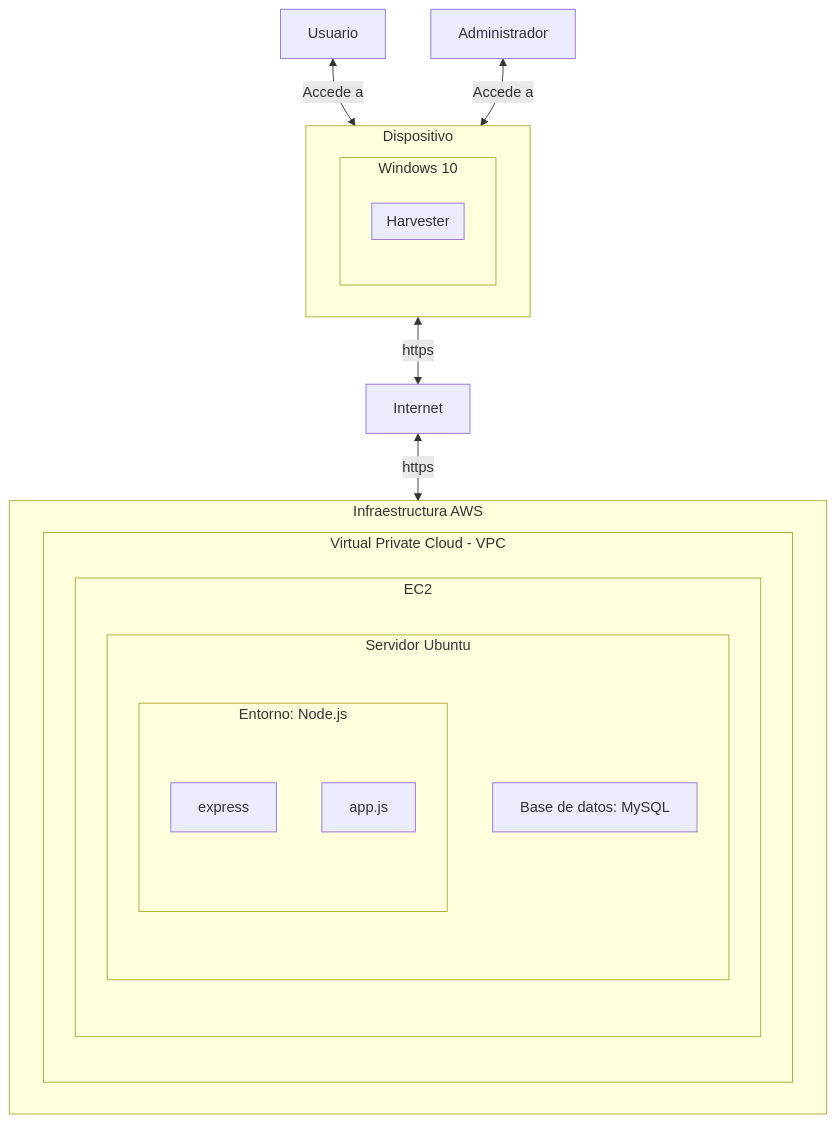
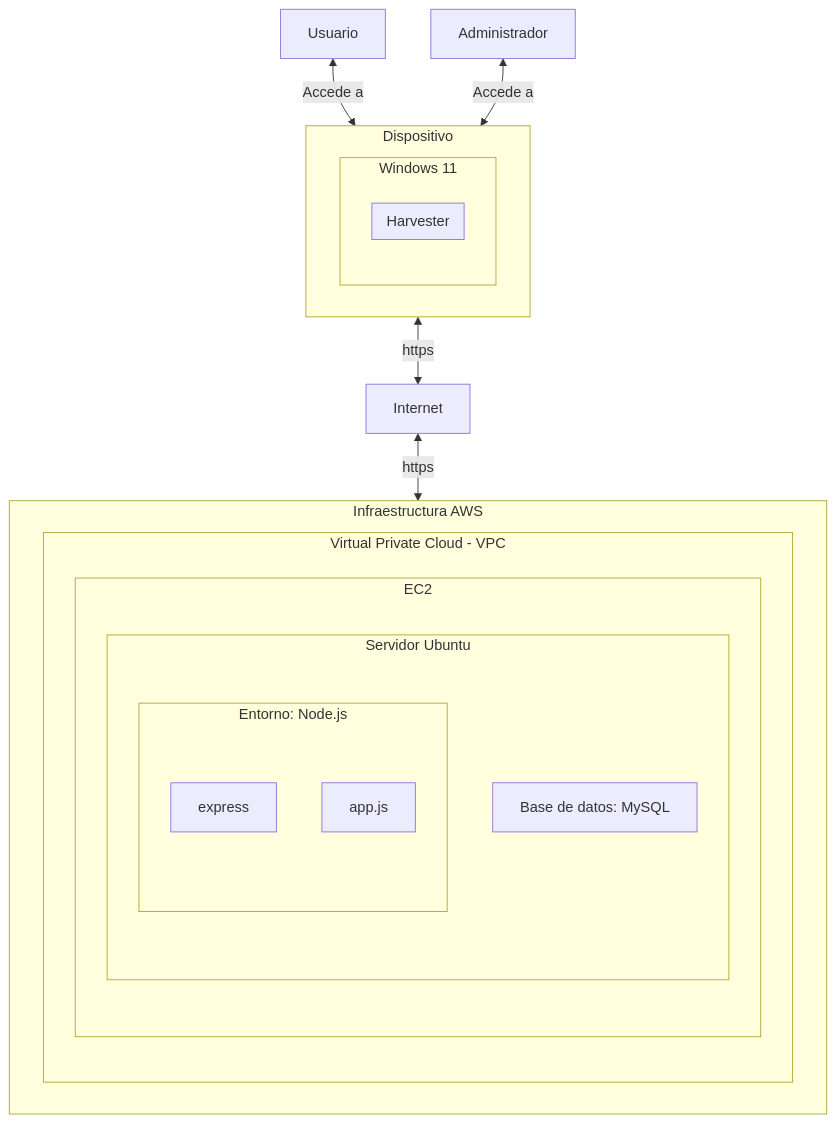
One commit to CodeAnd-Co/Documentacion changed the diagram in documentation/docs/proyectos/tractores/documentacion/arquitectura.md. Above: the diagram before and after it, drawn with Mermaid.

Commit message:
Windows11

````diff
--- a/documentation/docs/proyectos/tractores/documentacion/arquitectura.md
+++ b/documentation/docs/proyectos/tractores/documentacion/arquitectura.md
@@ -134,30 +134,30 @@
 ``` mermaid 
 graph TD
     Usuario <--> |Accede a| Dispositivo
     Administrador <--> |Accede a| Dispositivo
     subgraph Dispositivo
-      subgraph Windows 10
+      subgraph Windows 11
         subgraph Harvester
         end
       end
     end
 
     Dispositivo <--> |https| Internet
 
     subgraph InfraestructuraAWS [Infraestructura AWS]
         subgraph VPC ["Virtual Private Cloud - VPC"]
             subgraph EC2 ["EC2"]
                 subgraph ServidorUbuntu["Servidor Ubuntu"]
                     subgraph Sistema["Entorno: Node.js"]
                        ExpressFramework["express"]
                        APP["app.js"]
                     end
                     MySQL["Base de datos: MySQL"]
                 end
             end
             end
     end
 
     Internet <--> |https| InfraestructuraAWS
     
 ```
````
